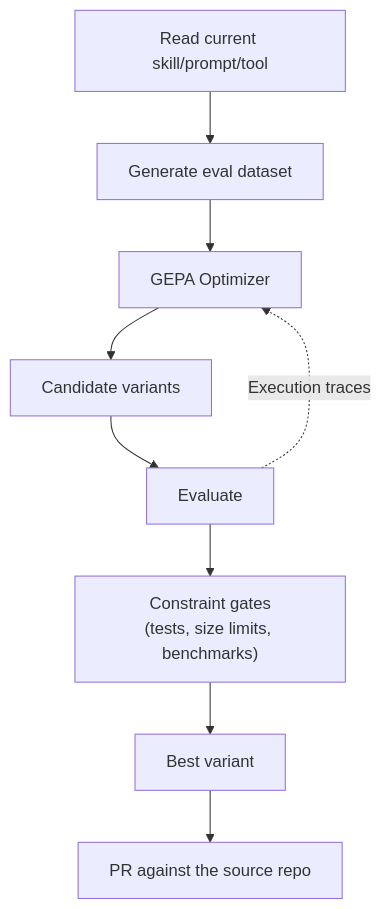
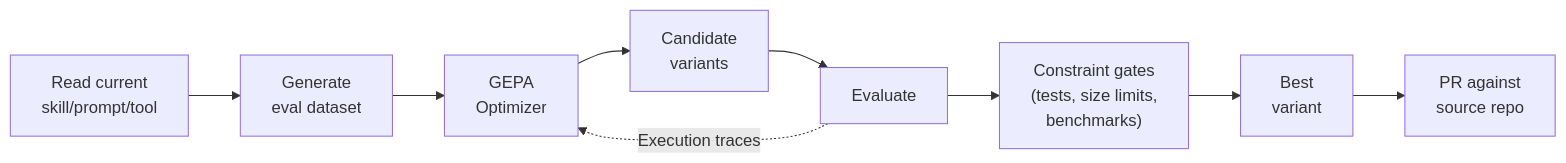
One commit to jramos/agent-self-evolution changed the diagram in README.md. Above: the diagram before and after it, drawn with Mermaid.

Commit message:
docs: switch How It Works mermaid to LR for horizontal layout

````diff
--- a/README.md
+++ b/README.md
@@ -13,11 +13,11 @@
 ```mermaid
-flowchart TD
-    A[Read current skill/prompt/tool] --> B[Generate eval dataset]
-    B --> C[GEPA Optimizer]
-    C --> D[Candidate variants]
+flowchart LR
+    A[Read current<br/>skill/prompt/tool] --> B[Generate<br/>eval dataset]
+    B --> C[GEPA<br/>Optimizer]
+    C --> D[Candidate<br/>variants]
     D --> E[Evaluate]
     E -. Execution traces .-> C
-    E --> F["Constraint gates<br/>(tests, size limits, benchmarks)"]
-    F --> G[Best variant]
-    G --> H[PR against the source repo]
+    E --> F["Constraint gates<br/>(tests, size limits,<br/>benchmarks)"]
+    F --> G[Best<br/>variant]
+    G --> H[PR against<br/>source repo]
 ```
````
